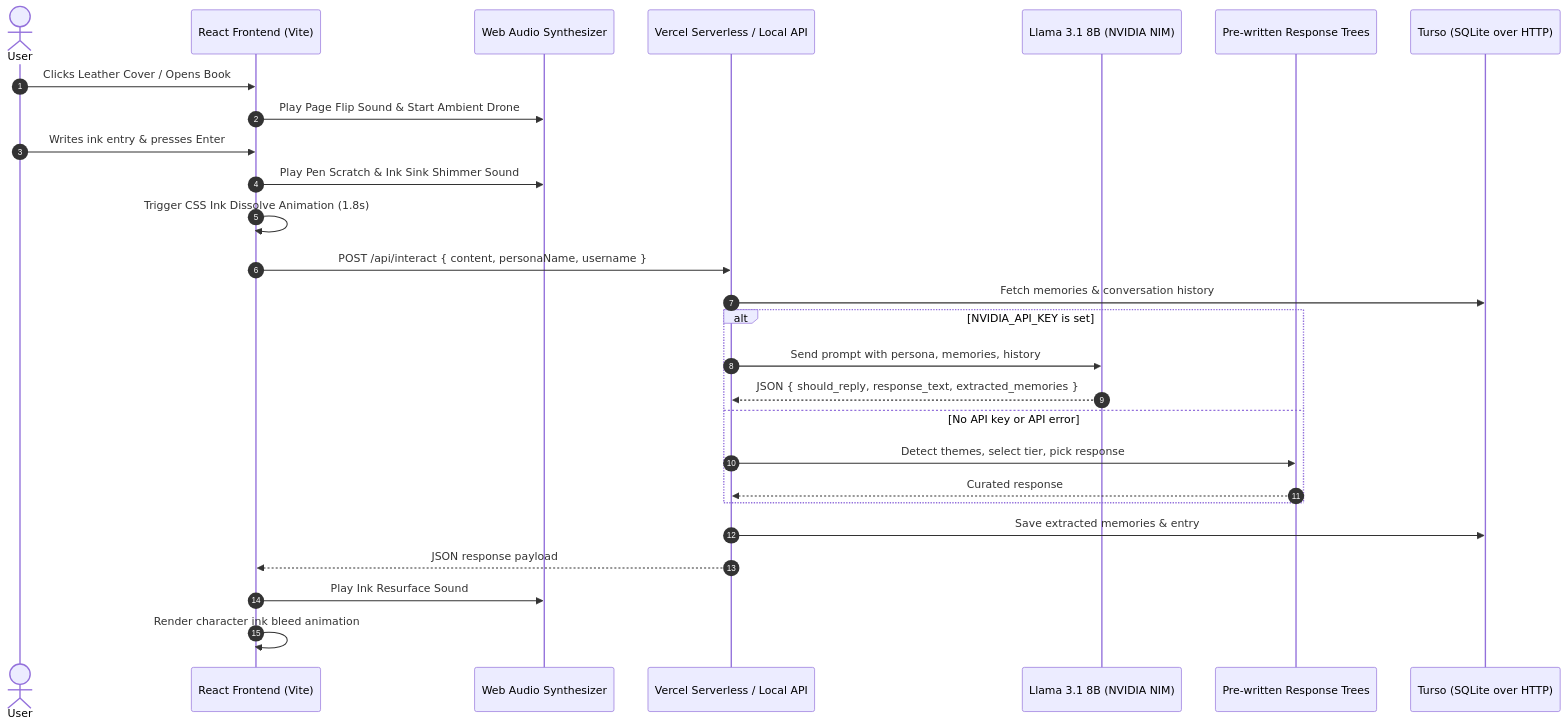
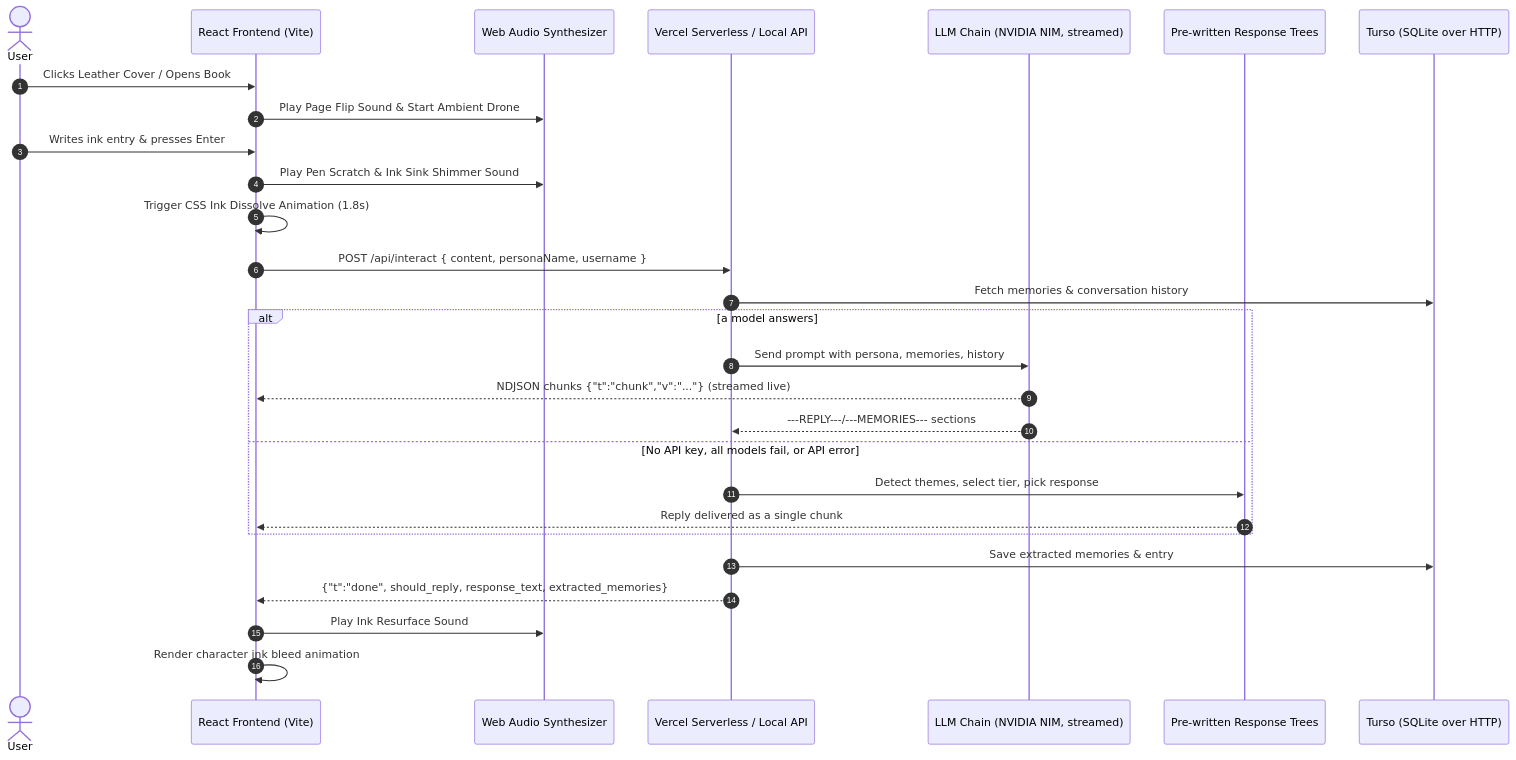
One commit to rkbart/inkbound changed the diagram in DOCUMENTATION.md. Above: the diagram before and after it, drawn with Mermaid. The commit also changed other lines of this file and 17 other files, not shown here.

````diff
--- a/DOCUMENTATION.md
+++ b/DOCUMENTATION.md
@@ -32,30 +33,31 @@
 ```mermaid
 sequenceDiagram
     autonumber
     actor User as User
     participant App as React Frontend (Vite)
     participant Audio as Web Audio Synthesizer
     participant API as Vercel Serverless / Local API
-    participant Nemotron as Llama 3.1 8B (NVIDIA NIM)
+    participant Nemotron as LLM Chain (NVIDIA NIM, streamed)
     participant Fallback as Pre-written Response Trees
     participant DB as Turso (SQLite over HTTP)
 
     User->>App: Clicks Leather Cover / Opens Book
     App->>Audio: Play Page Flip Sound & Start Ambient Drone
     User->>App: Writes ink entry & presses Enter
     App->>Audio: Play Pen Scratch & Ink Sink Shimmer Sound
     App->>App: Trigger CSS Ink Dissolve Animation (1.8s)
     App->>API: POST /api/interact { content, personaName, username }
     API->>DB: Fetch memories & conversation history
-    alt NVIDIA_API_KEY is set
+    alt a model answers
         API->>Nemotron: Send prompt with persona, memories, history
-        Nemotron-->>API: JSON { should_reply, response_text, extracted_memories }
-    else No API key or API error
+        Nemotron-->>App: NDJSON chunks {"t":"chunk","v":"..."} (streamed live)
+        Nemotron-->>API: ---REPLY---/---MEMORIES--- sections
+    else No API key, all models fail, or API error
         API->>Fallback: Detect themes, select tier, pick response
-        Fallback-->>API: Curated response
+        Fallback-->>App: Reply delivered as a single chunk
     end
     API->>DB: Save extracted memories & entry
-    API-->>App: JSON response payload
+    API-->>App: {"t":"done", should_reply, response_text, extracted_memories}
     App->>Audio: Play Ink Resurface Sound
     App->>App: Render character ink bleed animation
 ```
````
